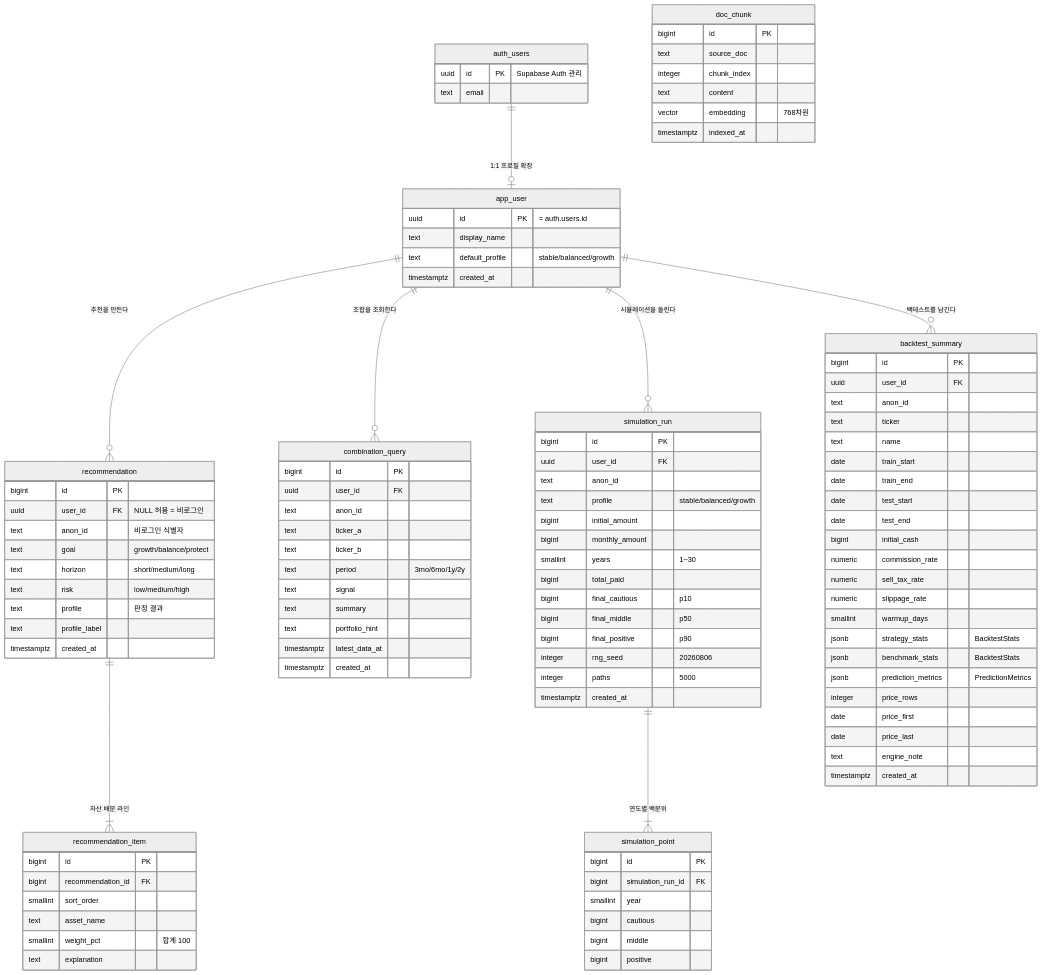
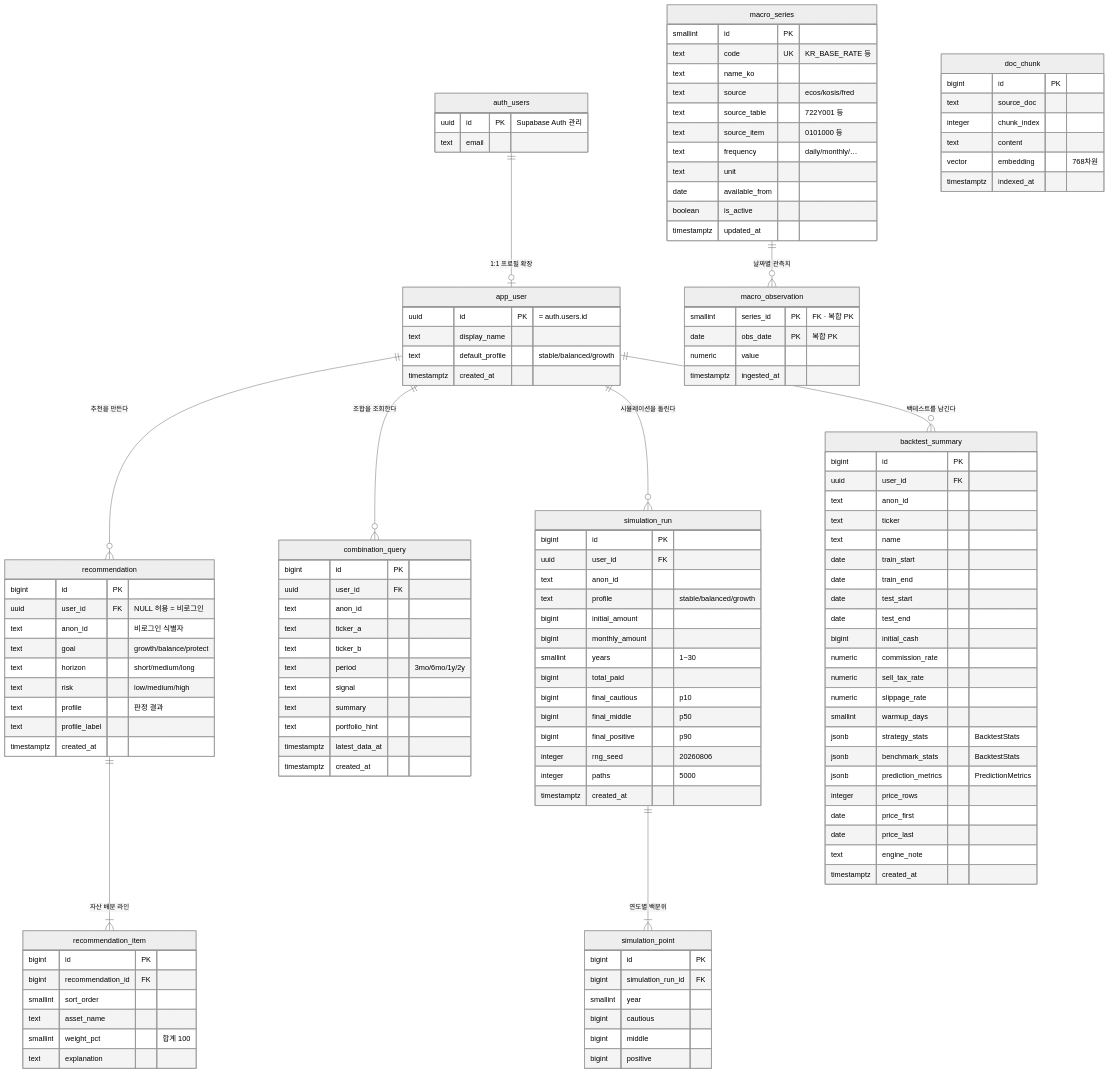
One commit to EST-Bootcamp-Dongwon/investment-dashboard changed the diagram in docs/spec/30-데이터/ERD.md. Above: the diagram before and after it, drawn with Mermaid (neutral theme). The commit also changed other lines of this file and 35 other files, not shown here.

````diff
--- a/docs/spec/30-데이터/ERD.md
+++ b/docs/spec/30-데이터/ERD.md
@@ -63,6 +63,8 @@
 
     recommendation ||--|{ recommendation_item : "자산 배분 라인"
     simulation_run ||--|{ simulation_point : "연도별 백분위"
+
+    macro_series ||--o{ macro_observation : "날짜별 관측치"
 
     auth_users {
         uuid id PK "Supabase Auth 관리"
@@ -170,4 +172,25 @@
         vector embedding "768차원"
         timestamptz indexed_at
     }
+
+    macro_series {
+        smallint id PK
+        text code UK "KR_BASE_RATE 등"
+        text name_ko
+        text source "ecos/kosis/fred"
+        text source_table "722Y001 등"
+        text source_item "0101000 등"
+        text frequency "daily/monthly/…"
+        text unit
+        date available_from
+        boolean is_active
+        timestamptz updated_at
+    }
+
+    macro_observation {
+        smallint series_id PK "FK · 복합 PK"
+        date obs_date PK "복합 PK"
+        numeric value
+        timestamptz ingested_at
+    }
 ```
````
